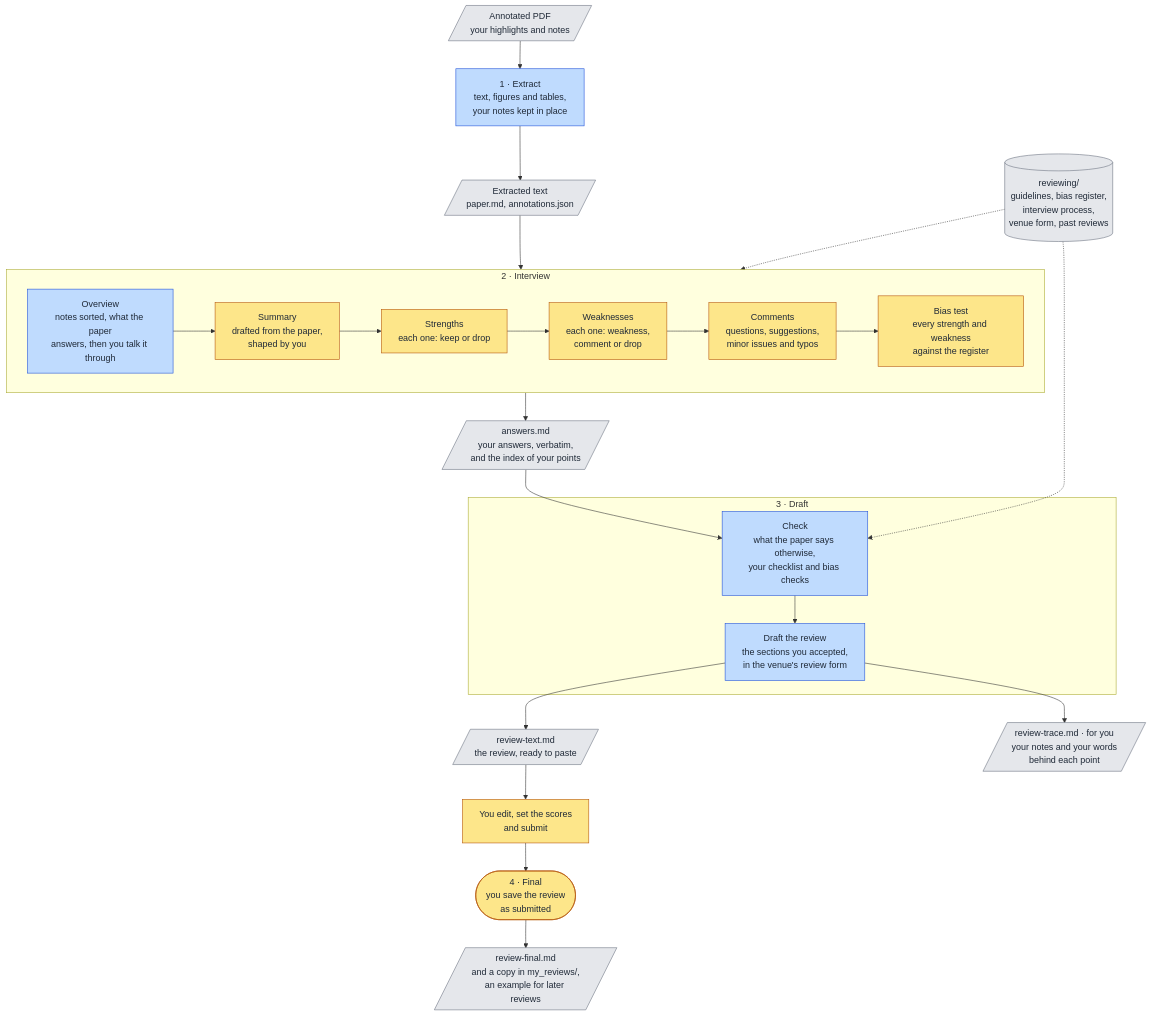
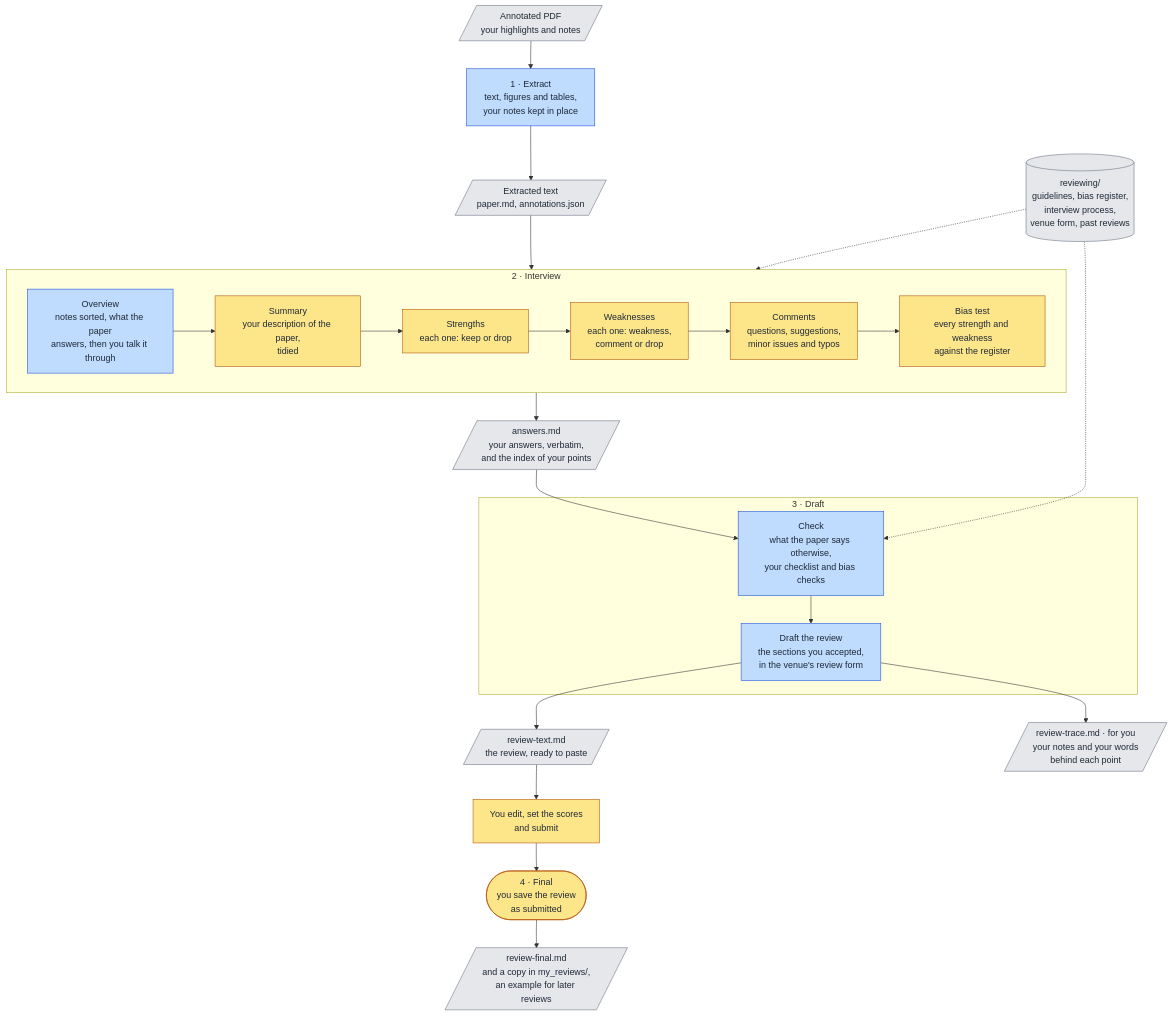
The diagram in docs/review-interview.md (FJFehr/debrief), drawn with Mermaid before and after one commit. The commit also changed other lines of this file and 11 other files, not shown here.

````diff
--- a/docs/review-interview.md
+++ b/docs/review-interview.md
@@ -56,42 +55,42 @@
 ```mermaid
 flowchart TD
     PDF[/"Annotated PDF<br/>your highlights and notes"/]:::file
     EX["1 · Extract<br/>text, figures and tables,<br/>your notes kept in place"]:::tool
     MD[/"Extracted text<br/>paper.md, annotations.json"/]:::file
     GUIDE[("reviewing/<br/>guidelines, bias register,<br/>interview process,<br/>venue form, past reviews")]:::file
 
     subgraph INT["2 · Interview"]
         B["Overview<br/>notes sorted, what the paper<br/>answers, then you talk it through"]:::tool
-        SUM["Summary<br/>drafted from the paper,<br/>shaped by you"]:::you
+        SUM["Summary<br/>your description of the paper,<br/>tidied"]:::you
         STR["Strengths<br/>each one: keep or drop"]:::you
         WEAK["Weaknesses<br/>each one: weakness,<br/>comment or drop"]:::you
         COM["Comments<br/>questions, suggestions,<br/>minor issues and typos"]:::you
         BIAS["Bias test<br/>every strength and weakness<br/>against the register"]:::you
         B --> SUM --> STR --> WEAK --> COM --> BIAS
     end
 
     REC[/"answers.md<br/>your answers, verbatim,<br/>and the index of your points"/]:::file
 
     subgraph DRAFT["3 · Draft"]
         CHK["Check<br/>what the paper says otherwise,<br/>your checklist and bias checks"]:::tool
         DR["Draft the review<br/>the sections you accepted,<br/>in the venue's review form"]:::tool
         CHK --> DR
     end
 
     REV[/"review-text.md<br/>the review, ready to paste"/]:::file
     TR[/"review-trace.md · for you<br/>your notes and your words<br/>behind each point"/]:::file
     OUT["You edit, set the scores<br/>and submit"]:::you
     FIN(["4 · Final<br/>you save the review<br/>as submitted"]):::you
     KEEP[/"review-final.md<br/>and a copy in my_reviews/,<br/>an example for later reviews"/]:::file
 
     PDF --> EX --> MD --> INT
     INT --> REC --> CHK
     DR --> REV --> OUT --> FIN --> KEEP
     DR --> TR
     GUIDE -.-> INT
     GUIDE -.-> CHK
 
     classDef you fill:#fde68a,stroke:#b45309,color:#1f2937
     classDef tool fill:#bfdbfe,stroke:#1d4ed8,color:#1f2937
     classDef file fill:#e5e7eb,stroke:#6b7280,color:#1f2937
 ```
````
